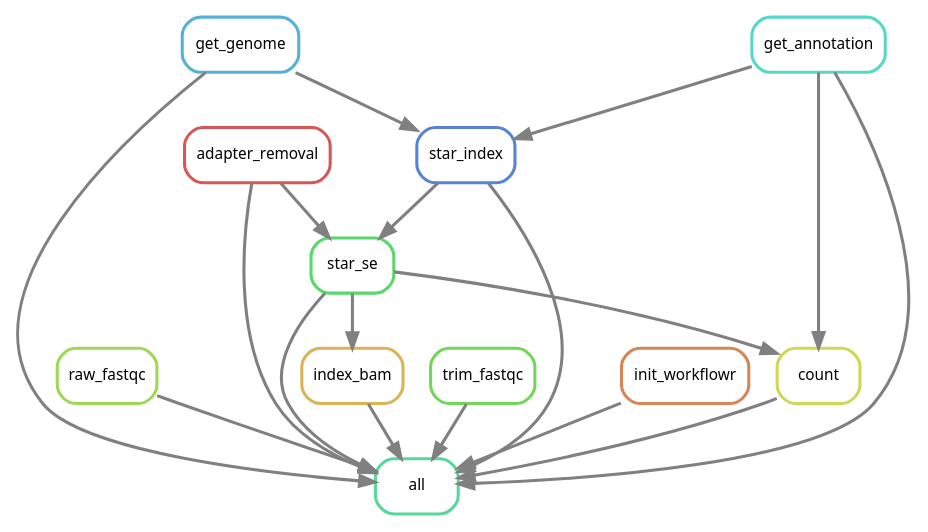
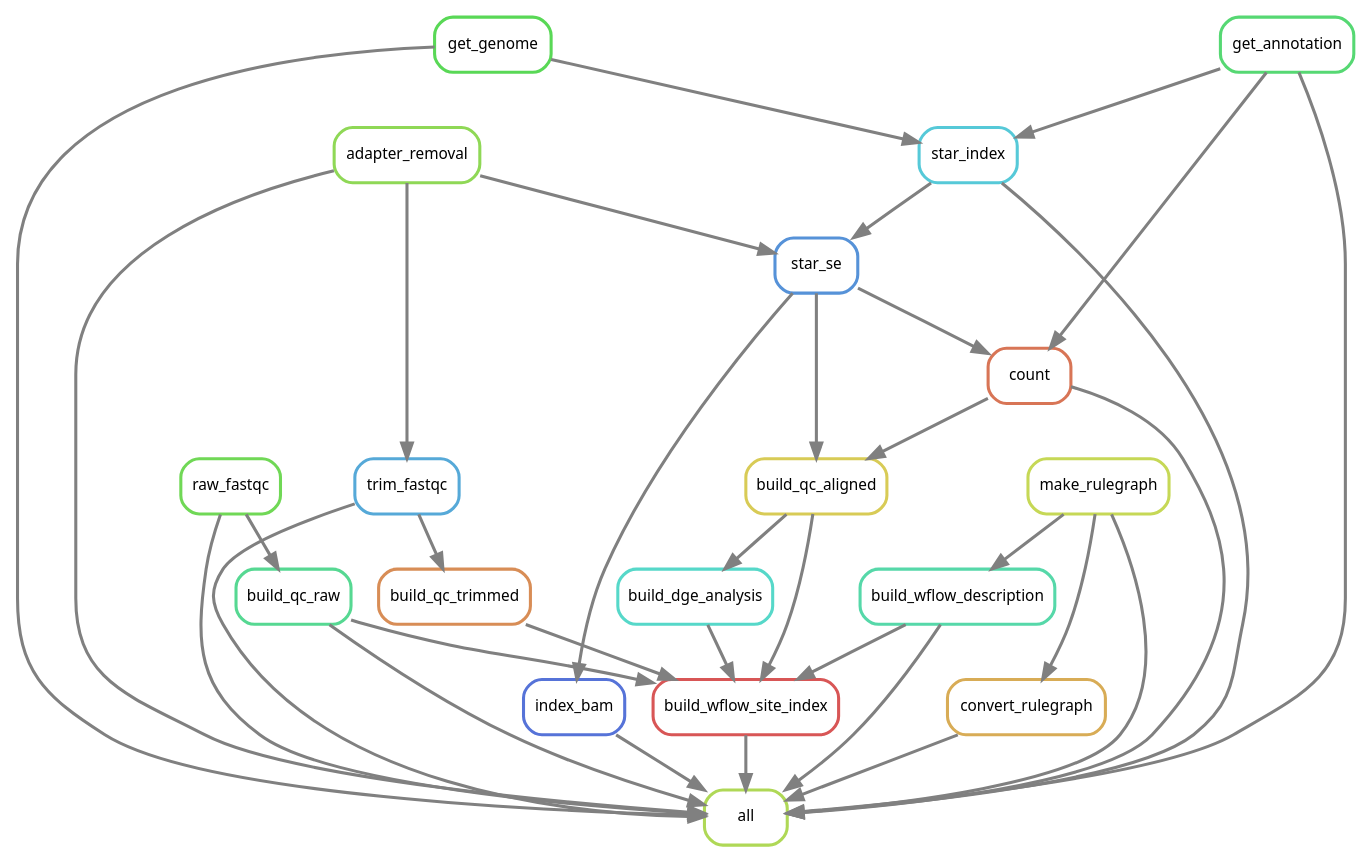
Before and after one commit to DRMCRL/MDA-MB-453_DHT-RNASeq: the diagram in output/rulegraph.dot, drawn with Graphviz. The commit also changed 966 other files, not shown here.

```diff
--- a/output/rulegraph.dot
+++ b/output/rulegraph.dot
@@ -1,33 +1,56 @@
 digraph snakemake_dag {
     graph[bgcolor=white, margin=0];
     node[shape=box, style=rounded, fontname=sans,                 fontsize=10, penwidth=2];
     edge[penwidth=2, color=grey];
-	0[label = "all", color = "0.42 0.6 0.85", style="rounded"];
-	1[label = "star_index", color = "0.61 0.6 0.85", style="rounded"];
-	2[label = "raw_fastqc", color = "0.24 0.6 0.85", style="rounded"];
-	3[label = "index_bam", color = "0.12 0.6 0.85", style="rounded"];
-	4[label = "adapter_removal", color = "0.00 0.6 0.85", style="rounded"];
-	5[label = "star_se", color = "0.36 0.6 0.85", style="rounded"];
-	6[label = "trim_fastqc", color = "0.30 0.6 0.85", style="rounded"];
-	7[label = "get_annotation", color = "0.48 0.6 0.85", style="rounded"];
-	8[label = "init_workflowr", color = "0.06 0.6 0.85", style="rounded"];
-	9[label = "get_genome", color = "0.55 0.6 0.85", style="rounded"];
-	10[label = "count", color = "0.18 0.6 0.85", style="rounded"];
+	0[label = "all", color = "0.22 0.6 0.85", style="rounded"];
+	1[label = "trim_fastqc", color = "0.56 0.6 0.85", style="rounded"];
+	2[label = "index_bam", color = "0.63 0.6 0.85", style="rounded"];
+	3[label = "count", color = "0.04 0.6 0.85", style="rounded"];
+	4[label = "adapter_removal", color = "0.26 0.6 0.85", style="rounded"];
+	5[label = "raw_fastqc", color = "0.30 0.6 0.85", style="rounded"];
+	6[label = "convert_rulegraph", color = "0.11 0.6 0.85", style="rounded"];
+	7[label = "build_qc_raw", color = "0.41 0.6 0.85", style="rounded"];
+	8[label = "make_rulegraph", color = "0.19 0.6 0.85", style="rounded"];
+	9[label = "star_index", color = "0.52 0.6 0.85", style="rounded"];
+	10[label = "build_wflow_description", color = "0.44 0.6 0.85", style="rounded"];
+	11[label = "get_genome", color = "0.33 0.6 0.85", style="rounded"];
+	12[label = "get_annotation", color = "0.37 0.6 0.85", style="rounded"];
+	13[label = "build_wflow_site_index", color = "0.00 0.6 0.85", style="rounded"];
+	14[label = "star_se", color = "0.59 0.6 0.85", style="rounded"];
+	15[label = "build_dge_analysis", color = "0.48 0.6 0.85", style="rounded"];
+	16[label = "build_qc_aligned", color = "0.15 0.6 0.85", style="rounded"];
+	17[label = "build_qc_trimmed", color = "0.07 0.6 0.85", style="rounded"];
+	3 -> 0
+	6 -> 0
 	4 -> 0
 	8 -> 0
-	3 -> 0
+	5 -> 0
+	11 -> 0
+	7 -> 0
+	12 -> 0
 	10 -> 0
+	1 -> 0
+	9 -> 0
 	2 -> 0
-	6 -> 0
-	5 -> 0
-	7 -> 0
-	9 -> 0
-	1 -> 0
-	7 -> 1
-	9 -> 1
-	5 -> 3
-	4 -> 5
-	1 -> 5
-	5 -> 10
-	7 -> 10
+	13 -> 0
+	4 -> 1
+	14 -> 2
+	12 -> 3
+	14 -> 3
+	8 -> 6
+	5 -> 7
+	12 -> 9
+	11 -> 9
+	8 -> 10
+	17 -> 13
+	16 -> 13
+	7 -> 13
+	10 -> 13
+	15 -> 13
+	4 -> 14
+	9 -> 14
+	16 -> 15
+	3 -> 16
+	14 -> 16
+	1 -> 17
 }            
```
